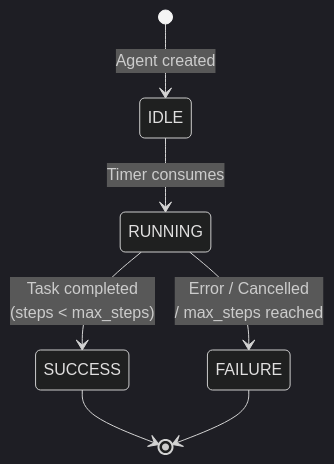
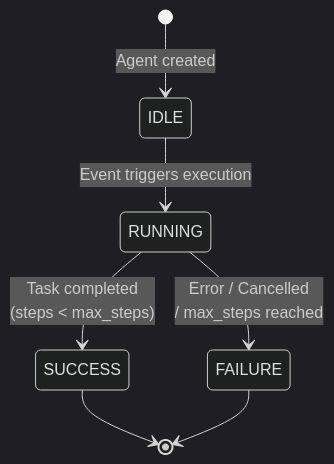
One commit to grupo-avispa/hierarchical_multiagent_langgraph changed the sixth of 6 diagrams in README.md. Above: the diagram before and after it, drawn with Mermaid (dark theme). The commit also changed other lines of this file and 1 other file, not shown here.

First line of the commit message:
docs: update diagrams and animation for event-driven architecture

````diff
--- a/README.md
+++ b/README.md
@@ -209,9 +206,9 @@
 ```mermaid
 stateDiagram-v2
     [*] --> IDLE: Agent created
-    IDLE --> RUNNING: Timer consumes
+    IDLE --> RUNNING: Event triggers execution
     RUNNING --> SUCCESS: Task completed<br/>(steps < max_steps)
     RUNNING --> FAILURE: Error / Cancelled<br/>/ max_steps reached
     SUCCESS --> [*]
     FAILURE --> [*]
 ```
````
